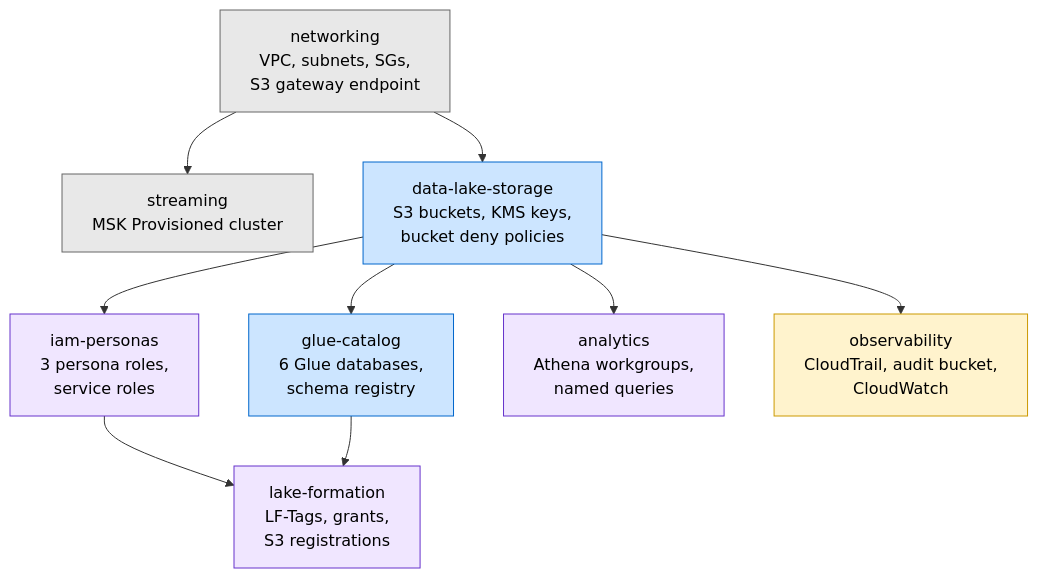
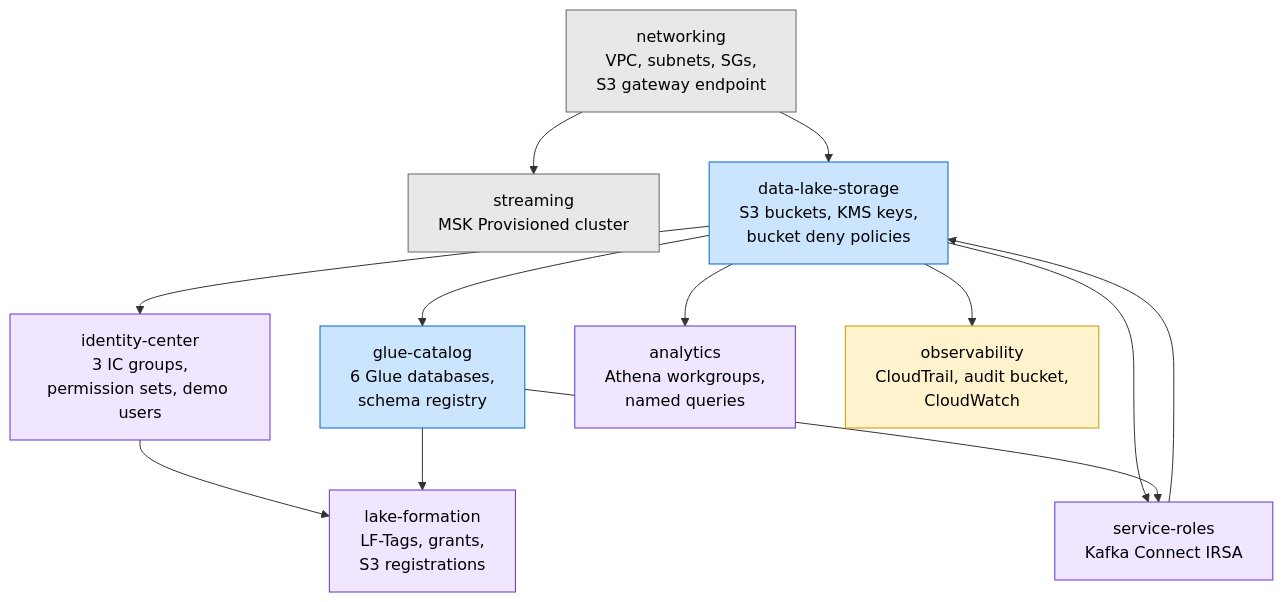
One commit to JediNight/data-lake-platform changed the fourth of 5 diagrams in docs/architecture-diagram.md. Above: the diagram before and after it, drawn with Mermaid. The commit also changed other lines of this file and 1 other file, not shown here.

First line of the commit message:
docs: update architecture diagrams and documentation for Identity Center

````diff
--- a/docs/architecture-diagram.md
+++ b/docs/architecture-diagram.md
@@ -283,30 +283,34 @@
 ```mermaid
 flowchart TD
     NET["networking\nVPC, subnets, SGs,\nS3 gateway endpoint"]
     STR["streaming\nMSK Provisioned cluster"]
     DLS["data-lake-storage\nS3 buckets, KMS keys,\nbucket deny policies"]
     GLU["glue-catalog\n6 Glue databases,\nschema registry"]
-    IAM["iam-personas\n3 persona roles,\nservice roles"]
+    IC["identity-center\n3 IC groups,\npermission sets, demo users"]
+    SR["service-roles\nKafka Connect IRSA"]
     LF["lake-formation\nLF-Tags, grants,\nS3 registrations"]
     ANA["analytics\nAthena workgroups,\nnamed queries"]
     OBS["observability\nCloudTrail, audit bucket,\nCloudWatch"]
 
     NET --> STR
     NET --> DLS
     DLS --> GLU
-    DLS --> IAM
+    DLS --> IC
+    DLS --> SR
     DLS --> OBS
     DLS --> ANA
-    IAM --> LF
+    IC --> LF
+    SR --> DLS
     GLU --> LF
+    GLU --> SR
 
     classDef infra fill:#e8e8e8,stroke:#666,color:#000
     classDef data fill:#cce5ff,stroke:#0066cc,color:#000
     classDef access fill:#f0e6ff,stroke:#6633cc,color:#000
     classDef audit fill:#fff3cd,stroke:#cc9900,color:#000
 
     class NET,STR infra
     class DLS,GLU data
-    class IAM,LF,ANA access
+    class IC,SR,LF,ANA access
     class OBS audit
 ```
````
